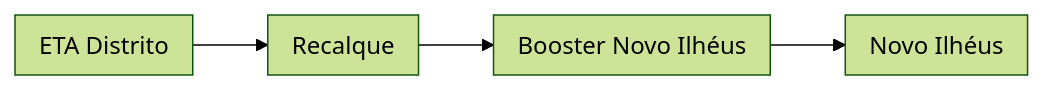
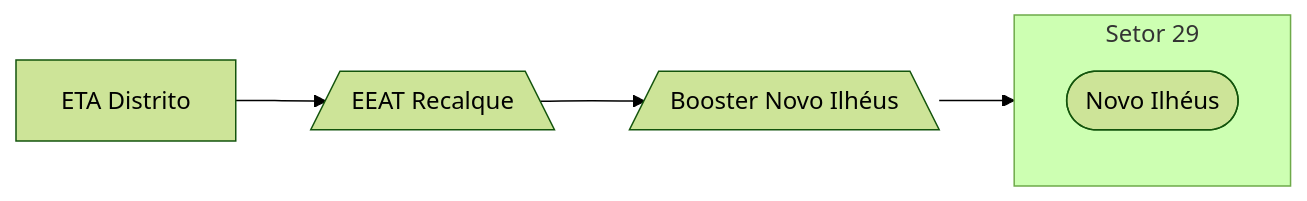
One commit to iagovls/CCO-Documentation changed the diagram in ETA Distrito/Booster Novo Ilhéus.md. Above: the diagram before and after it, drawn with Mermaid (forest theme). The commit also changed other lines of this file, not shown here.

Commit message:
Update Booster Novo Ilhéus.md

````diff
--- a/ETA Distrito/Booster Novo Ilhéus.md
+++ b/ETA Distrito/Booster Novo Ilhéus.md
@@ -20,18 +21,16 @@
 ```mermaid
 flowchart LR
-    subgraph ETA["ETA Distrito"]
+    ETA["ETA Distrito"]   
+    EEATRecalque[/"EEAT Recalque"\]
+    BoosterNovoIlheus[/"Booster Novo Ilhéus"\]    
+    NovoIlheus(["Novo Ilhéus"])
+    
+    %% Novo Ilhéus
+
+    ETA --> EEATRecalque
+    EEATRecalque --> BoosterNovoIlheus
+    BoosterNovoIlheus --> Setor29
+    subgraph Setor29 [Setor 29]
+      NovoIlheus
     end
-
-    subgraph B1["Recalque"]
-    end
-
-    subgraph B2["Booster Novo Ilhéus"]
-    end
-
-    subgraph Bairro["Novo Ilhéus"]
-    end
-
-    ETA --> B1
-    B1 --> B2
-    B2 --> Bairro
 ```
````
